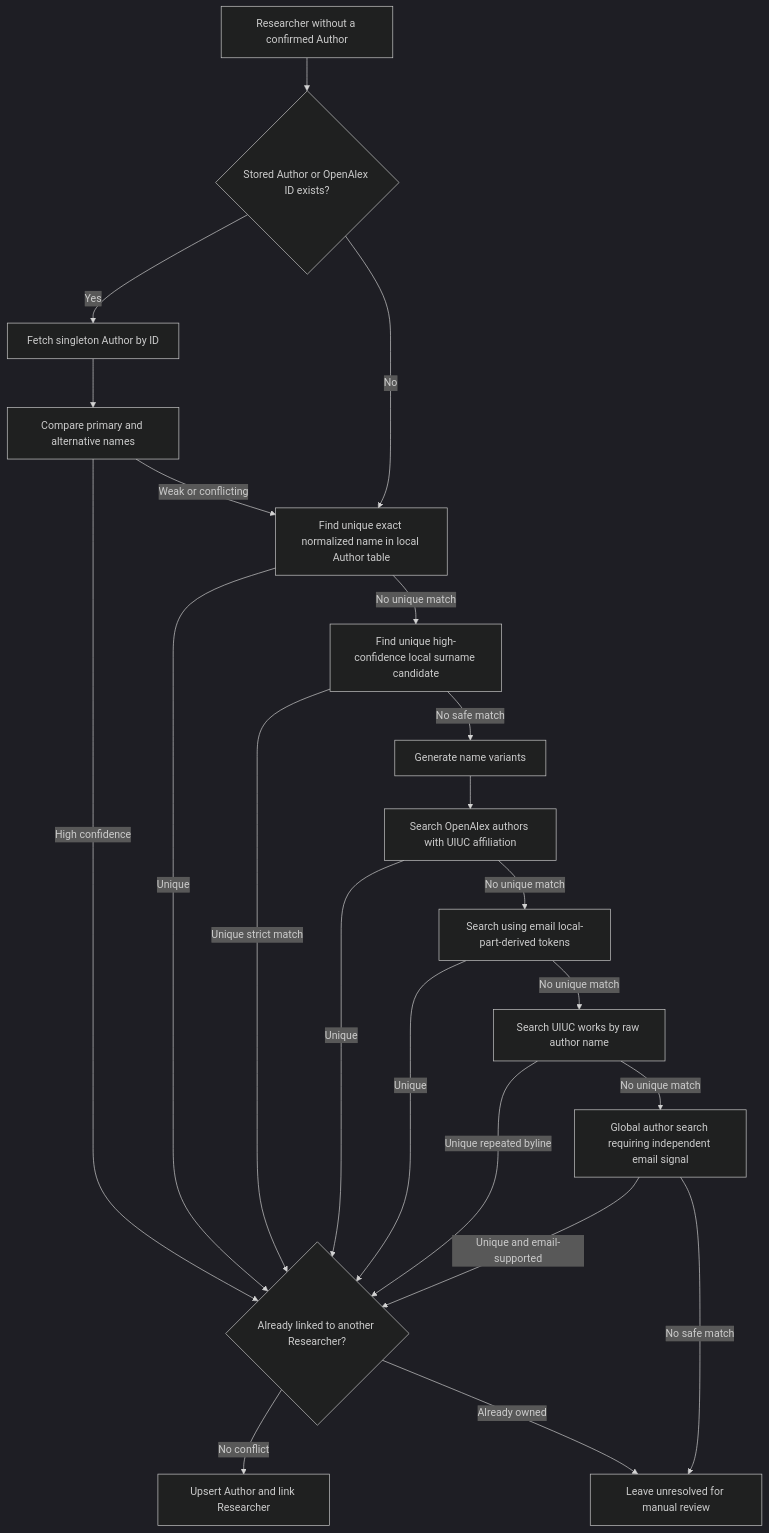
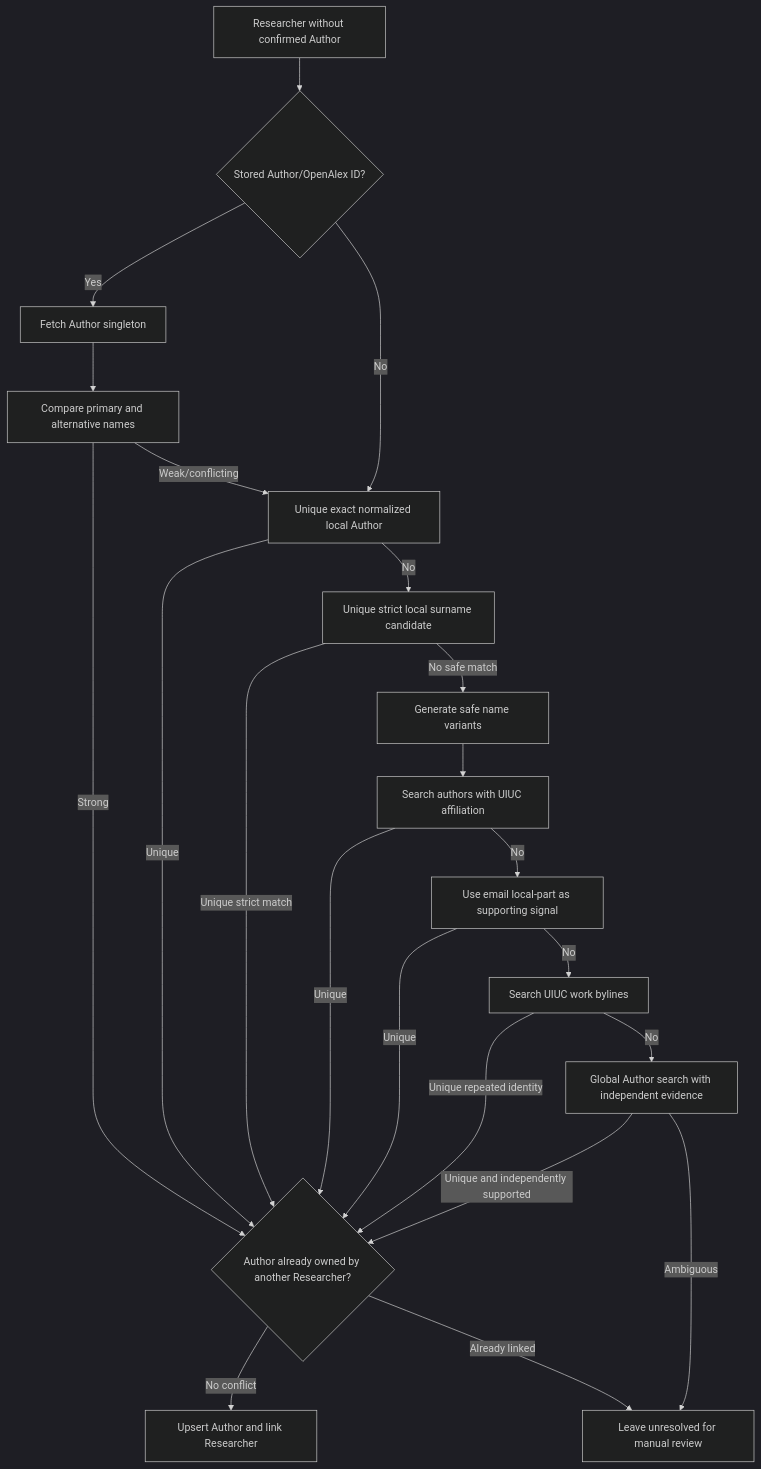
The sixth of 13 diagrams in docs/system-architecture.md (levanduc1907/research-portal), drawn with Mermaid (dark theme) before and after one commit. The commit also changed other lines of this file, not shown here.

Commit message:
docs: redraw system architecture

````diff
--- a/docs/system-architecture.md
+++ b/docs/system-architecture.md
@@ -366,38 +469,37 @@
 ```mermaid
 flowchart TD
-    R[Researcher without a confirmed Author]
-    Stored{Stored Author or OpenAlex ID exists?}
-    FetchStored[Fetch singleton Author by ID]
-    VerifyStored[Compare primary and alternative names]
-    LocalExact[Find unique exact normalized name in local Author table]
-    LocalFuzzy[Find unique high-confidence local surname candidate]
-    Variants[Generate name variants]
-    UIUCSearch[Search OpenAlex authors with UIUC affiliation]
-    EmailSearch[Search using email local-part-derived tokens]
-    WorkByline[Search UIUC works by raw author name]
-    GlobalSearch[Global author search requiring independent email signal]
-    Collision{Already linked to another Researcher?}
+    R[Researcher without confirmed Author]
+    Stored{Stored Author/OpenAlex ID?}
+    Singleton[Fetch Author singleton]
+    Verify[Compare primary and alternative names]
+    LocalExact[Unique exact normalized local Author]
+    LocalFuzzy[Unique strict local surname candidate]
+    Variants[Generate safe name variants]
+    UIUC[Search authors with UIUC affiliation]
+    Email[Use email local-part as supporting signal]
+    Byline[Search UIUC work bylines]
+    Global[Global Author search with independent evidence]
+    Collision{Author already owned by another Researcher?}
     Accept[Upsert Author and link Researcher]
     Reject[Leave unresolved for manual review]
 
     R --> Stored
-    Stored -->|Yes| FetchStored --> VerifyStored
-    VerifyStored -->|High confidence| Collision
-    VerifyStored -->|Weak or conflicting| LocalExact
+    Stored -->|Yes| Singleton --> Verify
+    Verify -->|Strong| Collision
+    Verify -->|Weak/conflicting| LocalExact
     Stored -->|No| LocalExact
     LocalExact -->|Unique| Collision
-    LocalExact -->|No unique match| LocalFuzzy
+    LocalExact -->|No| LocalFuzzy
     LocalFuzzy -->|Unique strict match| Collision
-    LocalFuzzy -->|No safe match| Variants
-    Variants --> UIUCSearch
-    UIUCSearch -->|Unique| Collision
-    UIUCSearch -->|No unique match| EmailSearch
-    EmailSearch -->|Unique| Collision
-    EmailSearch -->|No unique match| WorkByline
-    WorkByline -->|Unique repeated byline| Collision
-    WorkByline -->|No unique match| GlobalSearch
-    GlobalSearch -->|Unique and email-supported| Collision
-    GlobalSearch -->|No safe match| Reject
+    LocalFuzzy -->|No safe match| Variants --> UIUC
+    UIUC -->|Unique| Collision
+    UIUC -->|No| Email
+    Email -->|Unique| Collision
+    Email -->|No| Byline
+    Byline -->|Unique repeated identity| Collision
+    Byline -->|No| Global
+    Global -->|Unique and independently supported| Collision
+    Global -->|Ambiguous| Reject
     Collision -->|No conflict| Accept
-    Collision -->|Already owned| Reject
+    Collision -->|Already linked| Reject
 ```
````
